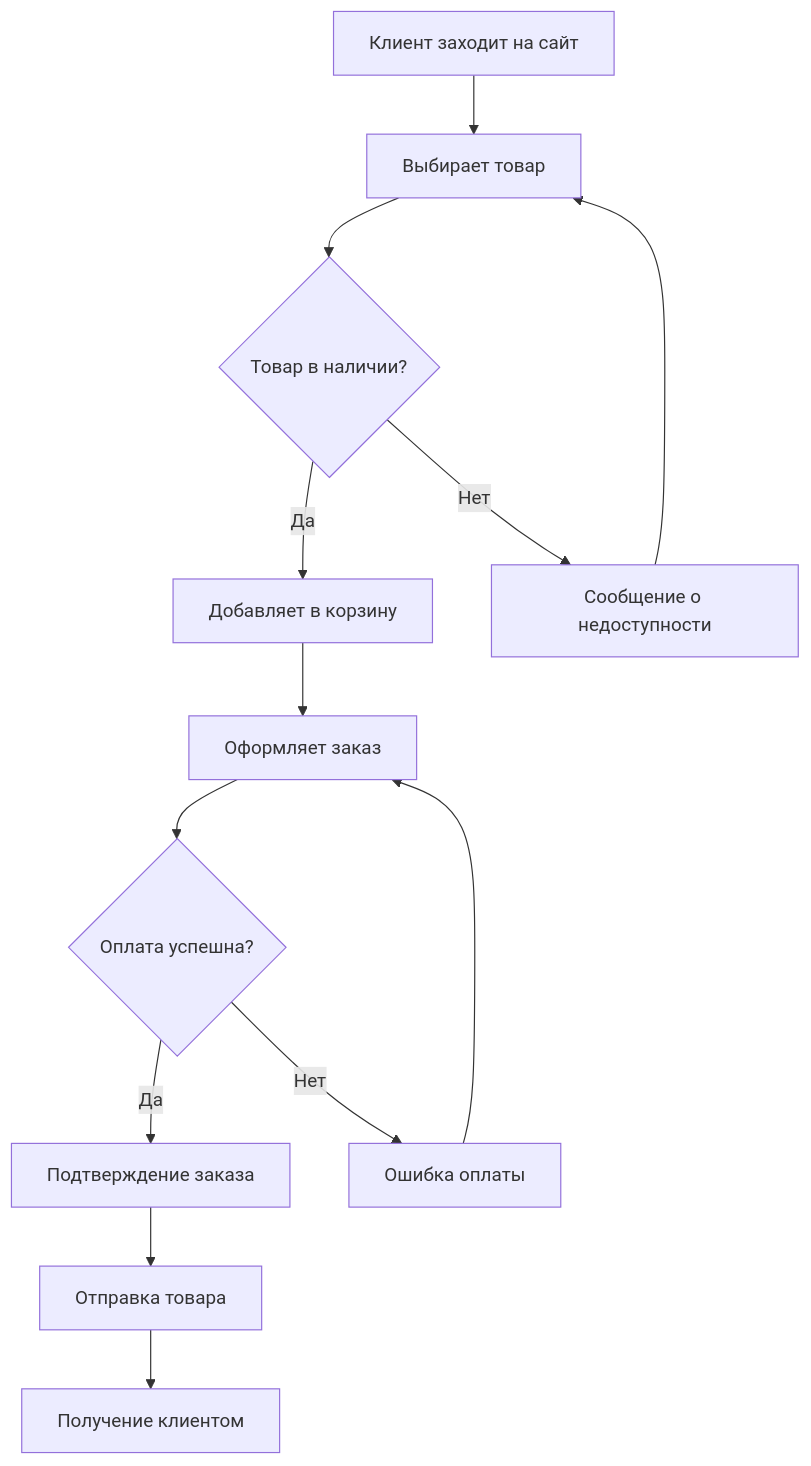
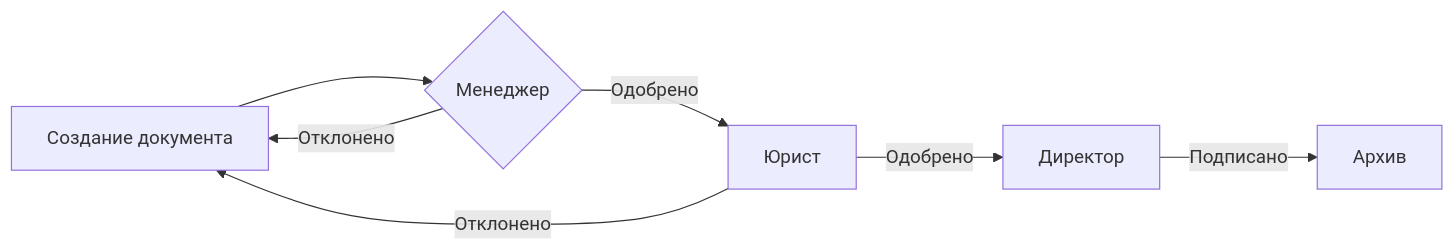
Before and after one commit to DaniilGavrin/mermaid-guide: the second of 2 diagrams in docs/examples/business-processes.md, drawn with Mermaid. The commit also changed other lines of this file and 2 other files, not shown here.

Commit message:
fix: разделил код и рендер диаграмм (business, requirement, obsidian)

````diff
--- a/docs/examples/business-processes.md
+++ b/docs/examples/business-processes.md
@@ -26,15 +57,9 @@
 ```mermaid
-graph TD
-    A[Клиент заходит на сайт] --> B[Выбирает товар]
-    B --> C{Товар в наличии?}
-    C -->|Да| D[Добавляет в корзину]
-    C -->|Нет| E[Сообщение о недоступности]
-    E --> B
-    D --> F[Оформляет заказ]
-    F --> G{Оплата успешна?}
-    G -->|Да| H[Подтверждение заказа]
-    G -->|Нет| I[Ошибка оплаты]
-    I --> F
-    H --> J[Отправка товара]
-    J --> K[Получение клиентом]
+flowchart LR
+    A[Создание документа] --> B{Менеджер}
+    B -->|Одобрено| C[Юрист]
+    B -->|Отклонено| A
+    C -->|Одобрено| D[Директор]
+    C -->|Отклонено| A
+    D -->|Подписано| E[Архив]
 ```
````
